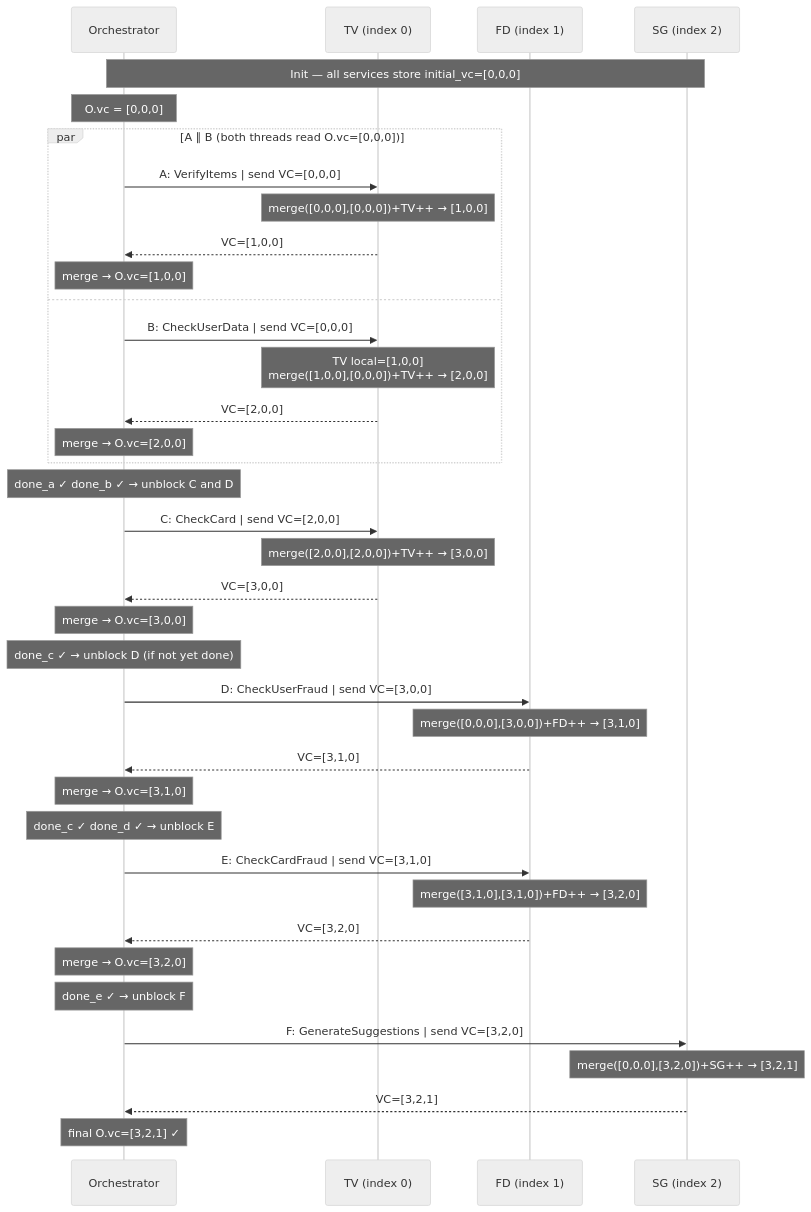
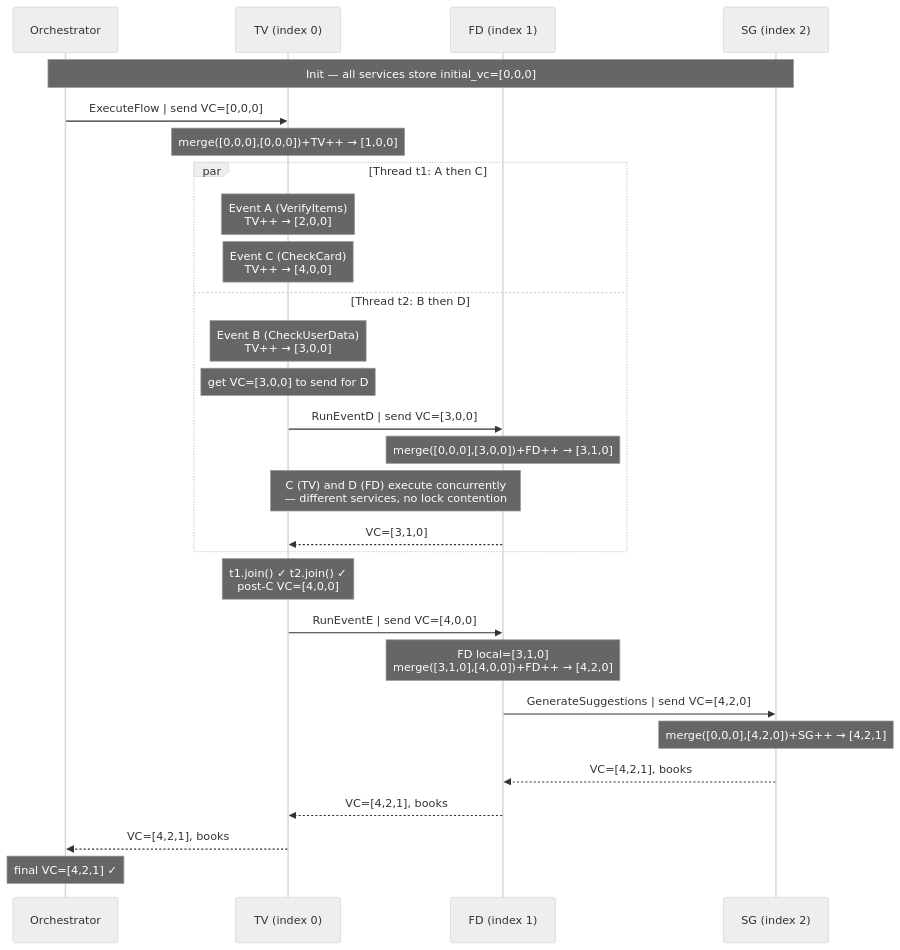
One commit to M1ngiii/ds-practice-2025 changed the fifth of 5 diagrams in docs/README.md. Above: the diagram before and after it, drawn with Mermaid (neutral theme). The commit also changed other lines of this file, not shown here.

````diff
--- a/docs/README.md
+++ b/docs/README.md
@@ -233,51 +238,35 @@
 ```mermaid
 sequenceDiagram
     participant O  as Orchestrator
     participant TV as TV (index 0)
     participant FD as FD (index 1)
     participant SG as SG (index 2)
 
     Note over O,SG: Init — all services store initial_vc=[0,0,0]
 
-    Note over O: O.vc = [0,0,0]
+    O->>TV: ExecuteFlow | send VC=[0,0,0]
+    Note over TV: merge([0,0,0],[0,0,0])+TV++ → [1,0,0]
 
-    par A ∥ B  (both threads read O.vc=[0,0,0])
-        O->>TV: A: VerifyItems | send VC=[0,0,0]
-        Note over TV: merge([0,0,0],[0,0,0])+TV++ → [1,0,0]
-        TV-->>O: VC=[1,0,0]
-        Note over O: merge → O.vc=[1,0,0]
-    and
-        O->>TV: B: CheckUserData | send VC=[0,0,0]
-        Note over TV: TV local=[1,0,0]<br/>merge([1,0,0],[0,0,0])+TV++ → [2,0,0]
-        TV-->>O: VC=[2,0,0]
-        Note over O: merge → O.vc=[2,0,0]
+    par Thread t1: A then C
+        Note over TV: Event A (VerifyItems)<br/>TV++ → [2,0,0]
+        Note over TV: Event C (CheckCard)<br/>TV++ → [4,0,0]
+    and Thread t2: B then D
+        Note over TV: Event B (CheckUserData)<br/>TV++ → [3,0,0]
+        Note over TV: get VC=[3,0,0] to send for D
+        TV->>FD: RunEventD | send VC=[3,0,0]
+        Note over FD: merge([0,0,0],[3,0,0])+FD++ → [3,1,0]
+        Note over TV,FD: C (TV) and D (FD) execute concurrently<br/>— different services, no lock contention
+        FD-->>TV: VC=[3,1,0]
     end
 
-    Note over O: done_a ✓  done_b ✓ → unblock C and D
+    Note over TV: t1.join() ✓  t2.join() ✓<br/>post-C VC=[4,0,0]
 
-    O->>TV: C: CheckCard | send VC=[2,0,0]
-    Note over TV: merge([2,0,0],[2,0,0])+TV++ → [3,0,0]
-    TV-->>O: VC=[3,0,0]
-    Note over O: merge → O.vc=[3,0,0]
-
-    Note over O: done_c ✓ → unblock D (if not yet done)
-
-    O->>FD: D: CheckUserFraud | send VC=[3,0,0]
-    Note over FD: merge([0,0,0],[3,0,0])+FD++ → [3,1,0]
-    FD-->>O: VC=[3,1,0]
-    Note over O: merge → O.vc=[3,1,0]
-
-    Note over O: done_c ✓  done_d ✓ → unblock E
-
-    O->>FD: E: CheckCardFraud | send VC=[3,1,0]
-    Note over FD: merge([3,1,0],[3,1,0])+FD++ → [3,2,0]
-    FD-->>O: VC=[3,2,0]
-    Note over O: merge → O.vc=[3,2,0]
-
-    Note over O: done_e ✓ → unblock F
-
-    O->>SG: F: GenerateSuggestions | send VC=[3,2,0]
-    Note over SG: merge([0,0,0],[3,2,0])+SG++ → [3,2,1]
-    SG-->>O: VC=[3,2,1]
-    Note over O: final O.vc=[3,2,1] ✓
+    TV->>FD: RunEventE | send VC=[4,0,0]
+    Note over FD: FD local=[3,1,0]<br/>merge([3,1,0],[4,0,0])+FD++ → [4,2,0]
+    FD->>SG: GenerateSuggestions | send VC=[4,2,0]
+    Note over SG: merge([0,0,0],[4,2,0])+SG++ → [4,2,1]
+    SG-->>FD: VC=[4,2,1], books
+    FD-->>TV: VC=[4,2,1], books
+    TV-->>O: VC=[4,2,1], books
+    Note over O: final VC=[4,2,1] ✓
 ```
````
